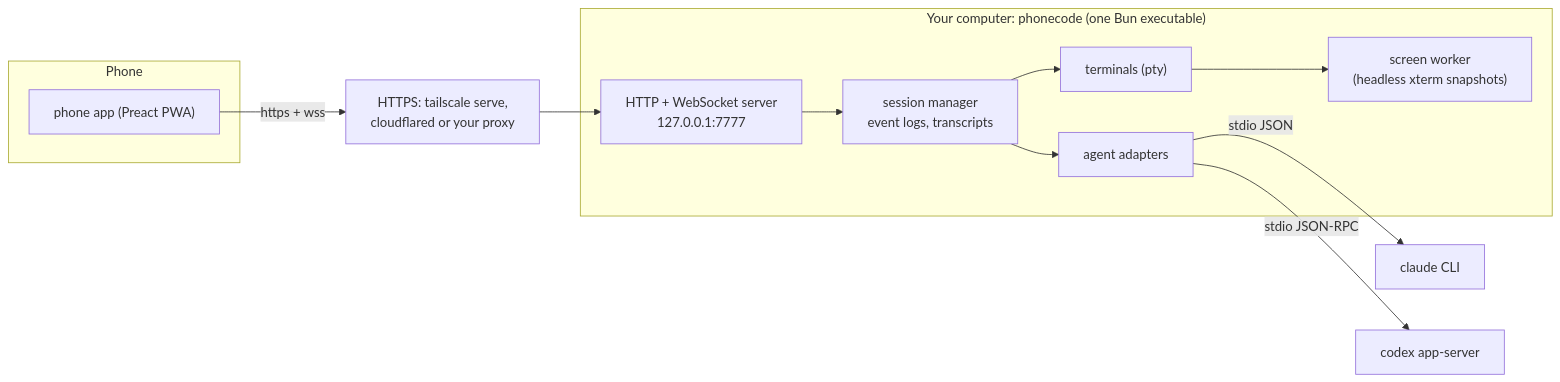
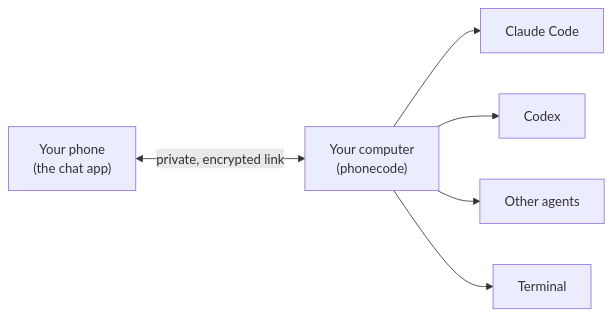
Before and after one commit to SloanBDavis/phone-code: the diagram in README.md, drawn with Mermaid. The commit also changed other lines of this file and 13 other files, not shown here.

Commit message:
Rewrite the README as three steps with a chart; move detail to docs/guide.md

````diff
--- a/README.md
+++ b/README.md
@@ -134,20 +37,8 @@
 ```mermaid
 flowchart LR
-  subgraph Phone
-    App["phone app (Preact PWA)"]
-  end
-  subgraph Computer["Your computer: phonecode (one Bun executable)"]
-    HTTP["HTTP + WebSocket server<br/>127.0.0.1:7777"]
-    Sessions["session manager<br/>event logs, transcripts"]
-    PTY["terminals (pty)"]
-    Worker["screen worker<br/>(headless xterm snapshots)"]
-    Adapters["agent adapters"]
-  end
-  Proxy["HTTPS: tailscale serve,<br/>cloudflared or your proxy"]
-  App -- "https + wss" --> Proxy --> HTTP
-  HTTP --> Sessions
-  Sessions --> PTY --> Worker
-  Sessions --> Adapters
-  Adapters -- "stdio JSON" --> Claude["claude CLI"]
-  Adapters -- "stdio JSON-RPC" --> Codex["codex app-server"]
+  Phone["Your phone<br/>(the chat app)"] <-- "private, encrypted link" --> PC["Your computer<br/>(phonecode)"]
+  PC --> A["Claude Code"]
+  PC --> B["Codex"]
+  PC --> C["Other agents"]
+  PC --> D["Terminal"]
 ```
````
